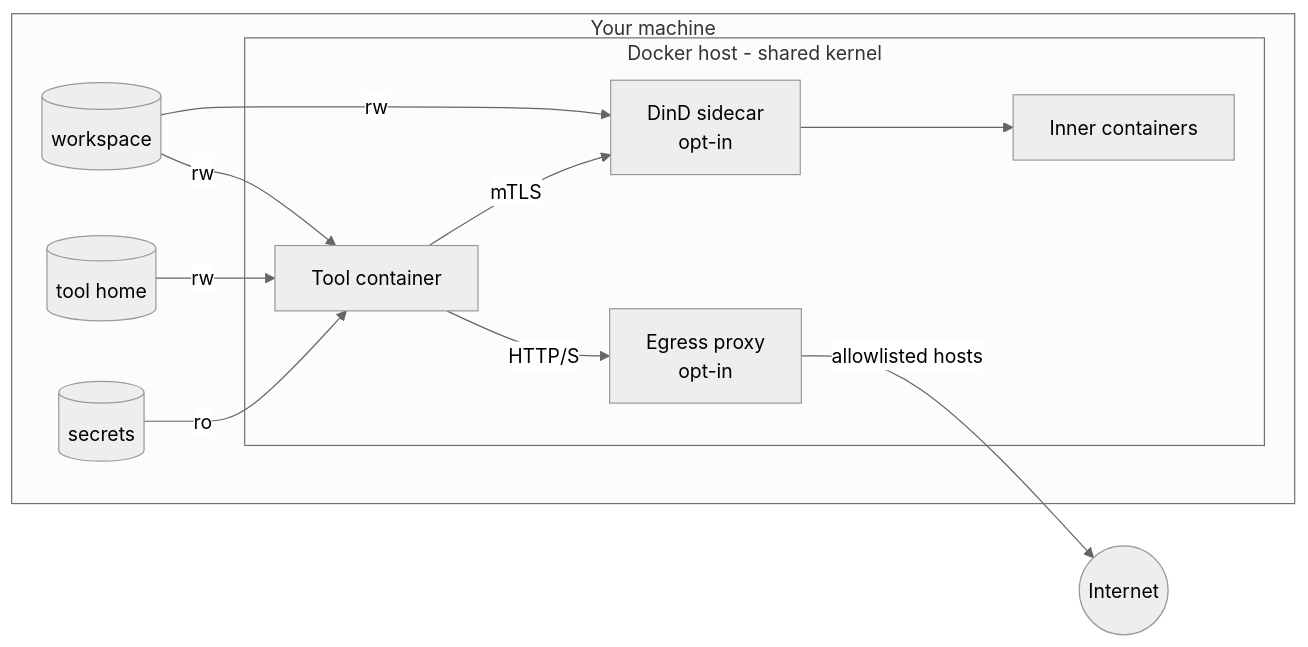
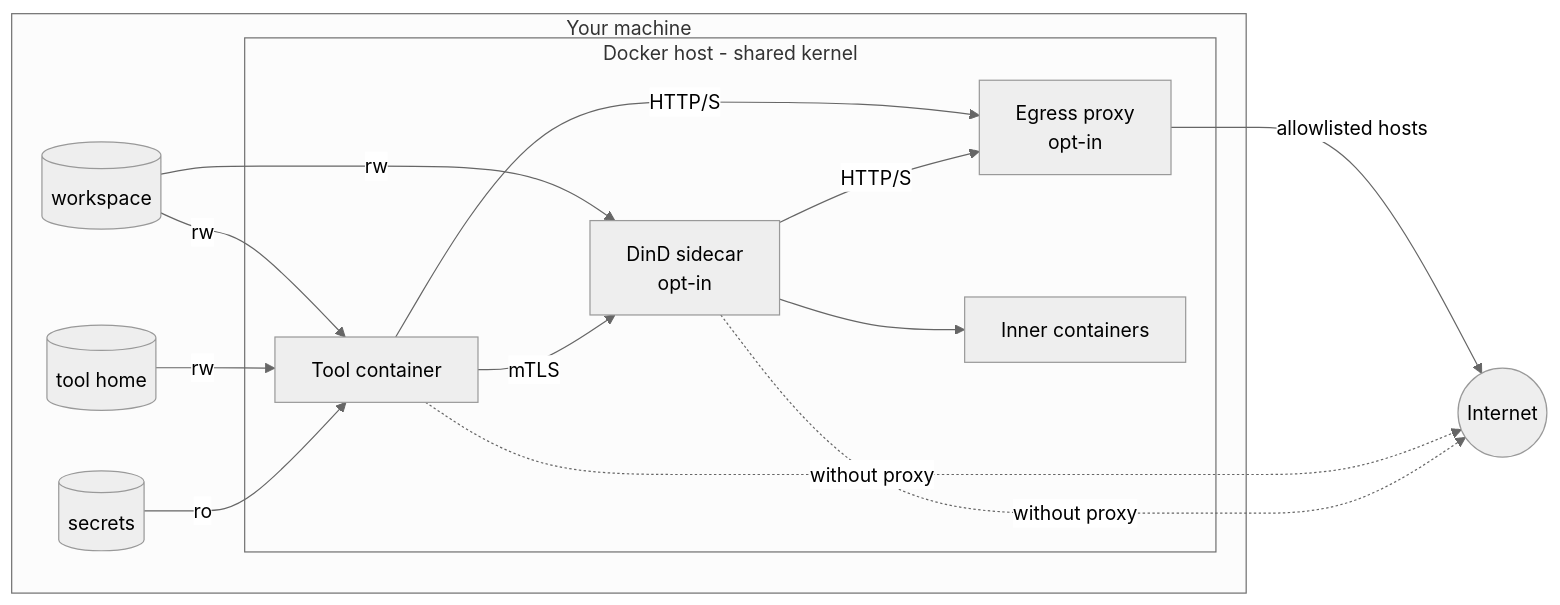
The diagram in docs/security-model.md (dylanvgils/agentic-cli), drawn with Mermaid (neutral theme) before and after one commit.

Commit message:
update diagram

````diff
--- a/docs/security-model.md
+++ b/docs/security-model.md
@@ -7,22 +7,25 @@
 ```mermaid
 flowchart LR
     subgraph host[Your machine]
         ws[(workspace)]
         th[(tool home)]
         sec[(secrets)]
         subgraph docker[Docker host - shared kernel]
             tool[Tool container]
             proxy[Egress proxy<br/>opt-in]
             dind[DinD sidecar<br/>opt-in]
             inner[Inner containers]
         end
     end
     net((Internet))
 
     ws -- rw --> tool
     th -- rw --> tool
     sec -- ro --> tool
     ws -- rw --> dind
     tool -- HTTP/S --> proxy -- allowlisted hosts --> net
     tool -- mTLS --> dind --> inner
+    dind -- HTTP/S --> proxy
+    tool -.->|without proxy| net
+    dind -.->|without proxy| net
 ```
````
